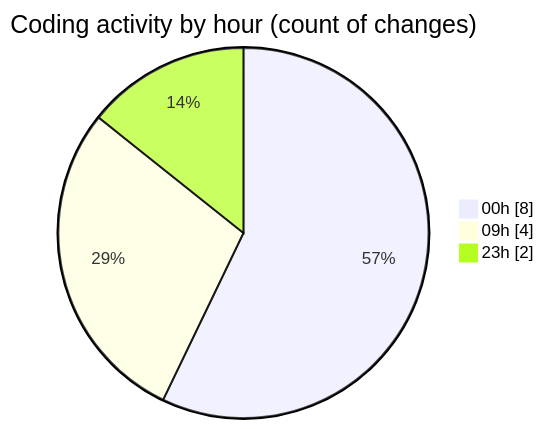
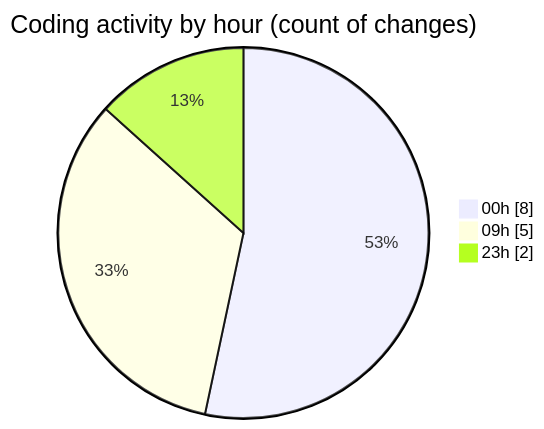
One commit to momahboobian/code-tracking changed the second of 2 diagrams in 2025-12-18/cda/README.md. Above: the diagram before and after it, drawn with Mermaid. The commit also changed other lines of this file and 1 other file, not shown here.

````diff
--- a/2025-12-18/cda/README.md
+++ b/2025-12-18/cda/README.md
@@ -34,7 +35,7 @@
 ```mermaid
 pie showData
 title Coding activity by hour (count of changes)
 "00h" : 8
-"09h" : 4
+"09h" : 5
 "23h" : 2
 ```
````
